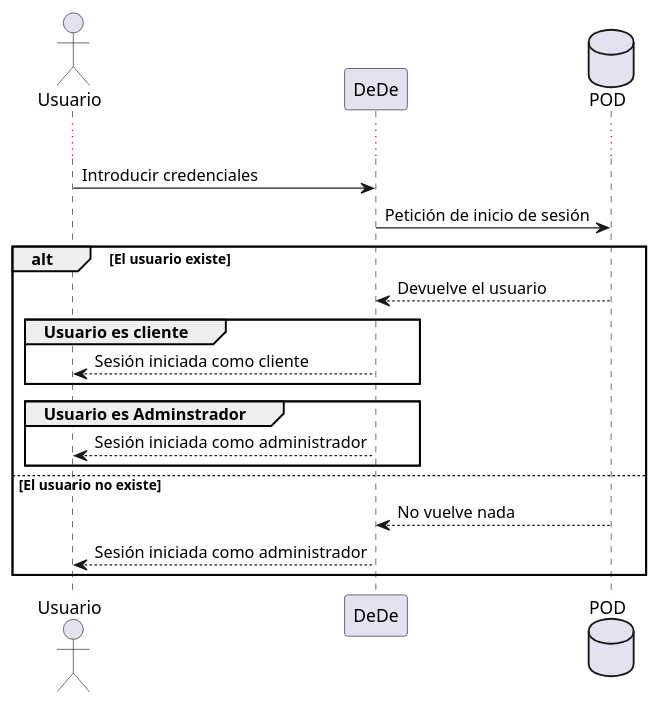
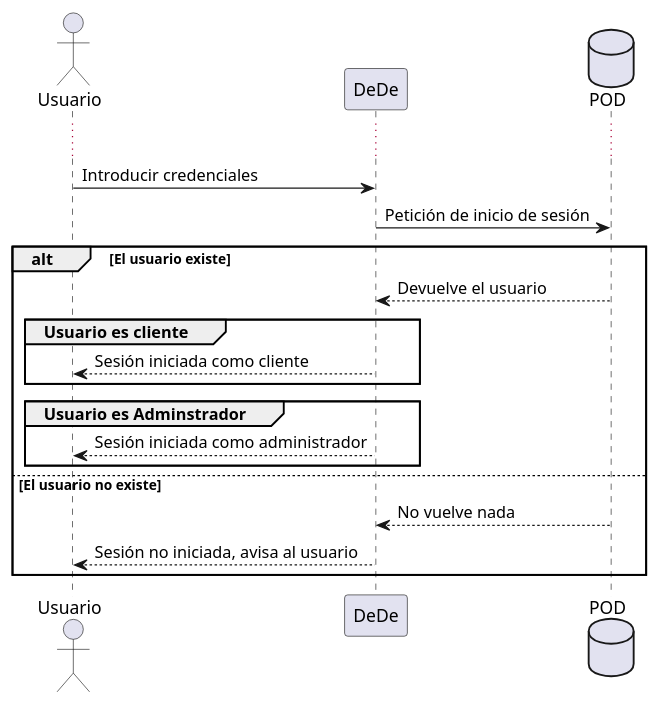
The third of 6 diagrams in docs/06_runtime_view.adoc (Arquisoft/Arquisoft-dede_es_02b), drawn with PlantUML before and after one commit. The commit also changed 8 other files, not shown here.

```diff
--- a/docs/06_runtime_view.adoc
+++ b/docs/06_runtime_view.adoc
@@ -40,24 +40,24 @@
 [plantuml,"Diagrama Inicio de sesión",png]
 ----
 actor Usuario
 participant DeDe
 database POD
 
 skinparam responseMessageBelowArrow true
 ...
 
 Usuario -> DeDe: Introducir credenciales
 DeDe -> POD: Petición de inicio de sesión
 alt El usuario existe
     POD --> DeDe: Devuelve el usuario
     group Usuario es cliente
     DeDe --> Usuario: Sesión iniciada como cliente
     end
     group Usuario es Adminstrador
     DeDe --> Usuario: Sesión iniciada como administrador
     end
 else El usuario no existe
     POD --> DeDe: No vuelve nada
-    DeDe --> Usuario: Sesión iniciada como administrador
+    DeDe --> Usuario: Sesión no iniciada, avisa al usuario
 end
 ----
```
